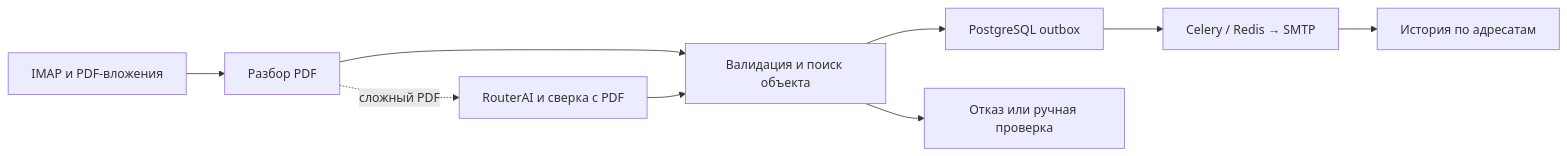
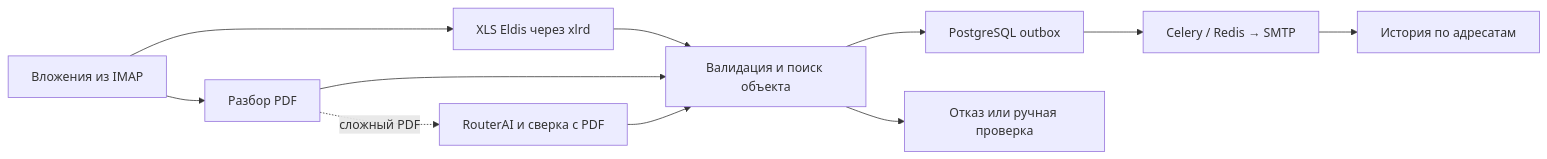
One commit to dimadr/pdf-validator changed the diagram in README.md. Above: the diagram before and after it, drawn with Mermaid. The commit also changed other lines of this file and 11 other files, not shown here.

Commit message:
Support Eldis daily gas XLS reports in V2

````diff
--- a/README.md
+++ b/README.md
@@ -27,11 +27,13 @@
 ```mermaid
 flowchart LR
-    I["IMAP и PDF-вложения"] --> P["Разбор PDF"]
+    I["Вложения из IMAP"] --> P["Разбор PDF"]
+    I --> X["XLS Eldis через xlrd"]
+    X --> V
     P --> V["Валидация и поиск объекта"]
     P -. "сложный PDF" .-> A["RouterAI и сверка с PDF"]
     A --> V
     V --> O["PostgreSQL outbox"]
     V --> R["Отказ или ручная проверка"]
     O --> S["Celery / Redis → SMTP"]
     S --> H["История по адресатам"]
 ```
````
